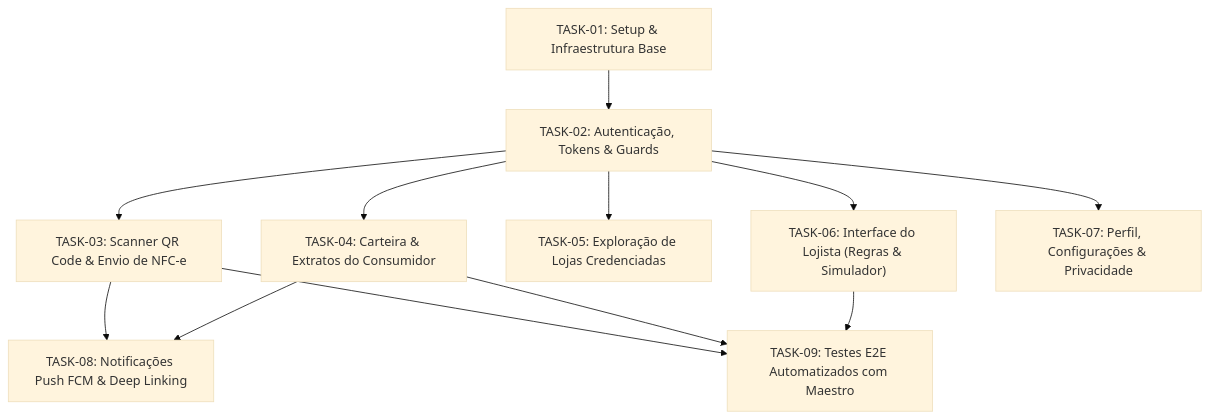
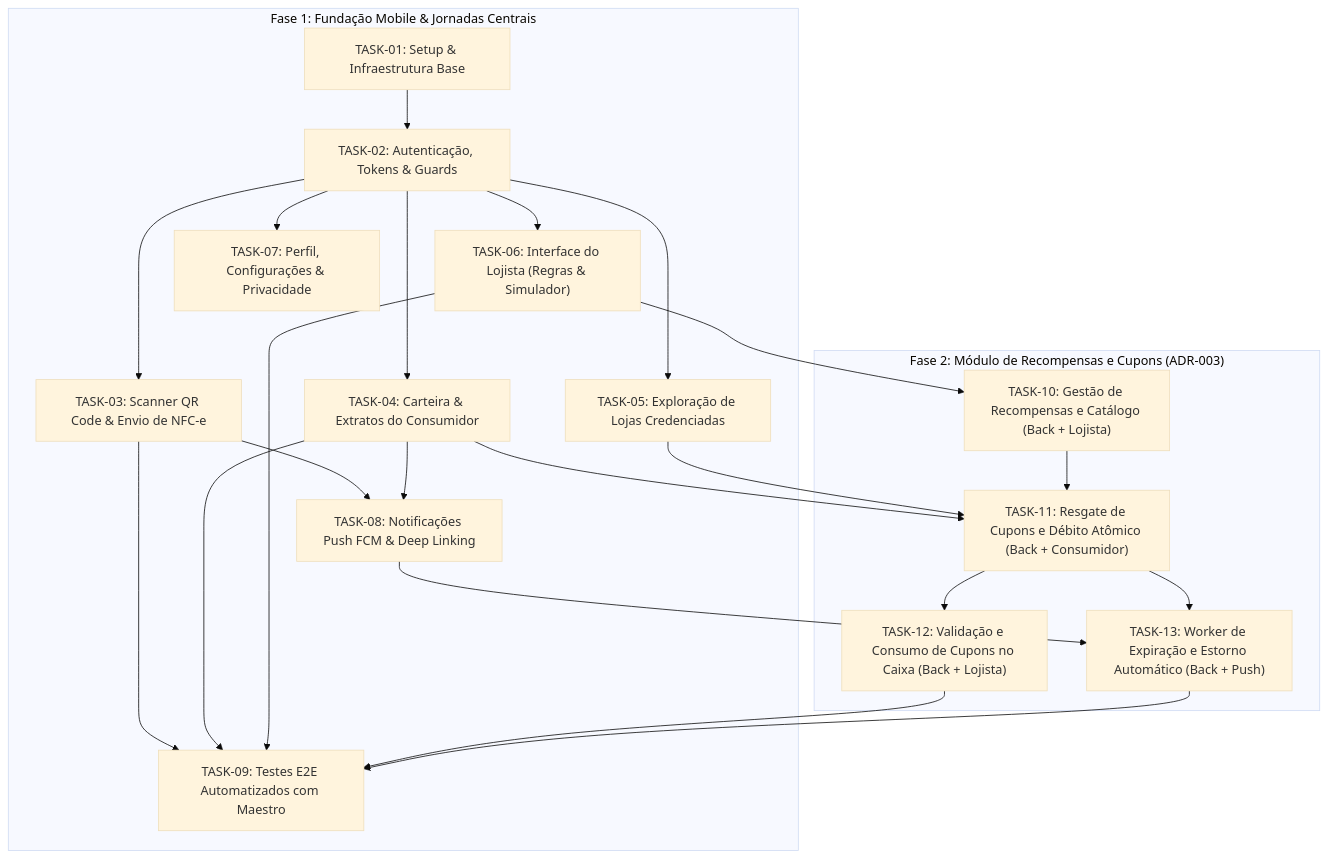
Before and after one commit to hugobatista27/cash-me-mobile: the diagram in docs/tasks/INDEX.md, drawn with Mermaid (base theme). The commit also changed other lines of this file and 4 other files, not shown here.

````diff
--- a/docs/tasks/INDEX.md
+++ b/docs/tasks/INDEX.md
@@ -14,14 +16,28 @@
 ```mermaid
 flowchart TD
-    T1["TASK-01: Setup & Infraestrutura Base"] --> T2["TASK-02: Autenticação, Tokens & Guards"]
-    T2 --> T3["TASK-03: Scanner QR Code & Envio de NFC-e"]
-    T2 --> T4["TASK-04: Carteira & Extratos do Consumidor"]
-    T2 --> T5["TASK-05: Exploração de Lojas Credenciadas"]
-    T2 --> T6["TASK-06: Interface do Lojista (Regras & Simulador)"]
-    T2 --> T7["TASK-07: Perfil, Configurações & Privacidade"]
-    T3 --> T8["TASK-08: Notificações Push FCM & Deep Linking"]
-    T4 --> T8
-    T3 --> T9["TASK-09: Testes E2E Automatizados com Maestro"]
-    T4 --> T9
-    T6 --> T9
+    subgraph Fase1["Fase 1: Fundação Mobile & Jornadas Centrais"]
+        T1["TASK-01: Setup & Infraestrutura Base"] --> T2["TASK-02: Autenticação, Tokens & Guards"]
+        T2 --> T3["TASK-03: Scanner QR Code & Envio de NFC-e"]
+        T2 --> T4["TASK-04: Carteira & Extratos do Consumidor"]
+        T2 --> T5["TASK-05: Exploração de Lojas Credenciadas"]
+        T2 --> T6["TASK-06: Interface do Lojista (Regras & Simulador)"]
+        T2 --> T7["TASK-07: Perfil, Configurações & Privacidade"]
+        T3 --> T8["TASK-08: Notificações Push FCM & Deep Linking"]
+        T4 --> T8
+        T3 --> T9["TASK-09: Testes E2E Automatizados com Maestro"]
+        T4 --> T9
+        T6 --> T9
+    end
+
+    subgraph Fase2["Fase 2: Módulo de Recompensas e Cupons (ADR-003)"]
+        T6 --> T10["TASK-10: Gestão de Recompensas e Catálogo (Back + Lojista)"]
+        T4 --> T11["TASK-11: Resgate de Cupons e Débito Atômico (Back + Consumidor)"]
+        T5 --> T11
+        T10 --> T11
+        T11 --> T12["TASK-12: Validação e Consumo de Cupons no Caixa (Back + Lojista)"]
+        T11 --> T13["TASK-13: Worker de Expiração e Estorno Automático (Back + Push)"]
+        T8 --> T13
+        T12 --> T9
+        T13 --> T9
+    end
 ```
````
